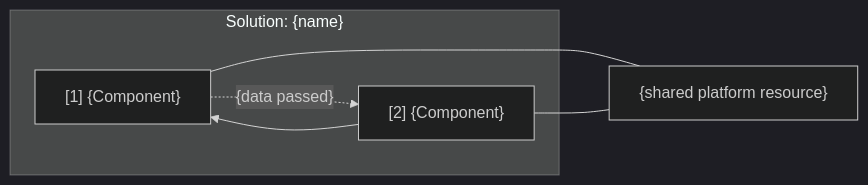
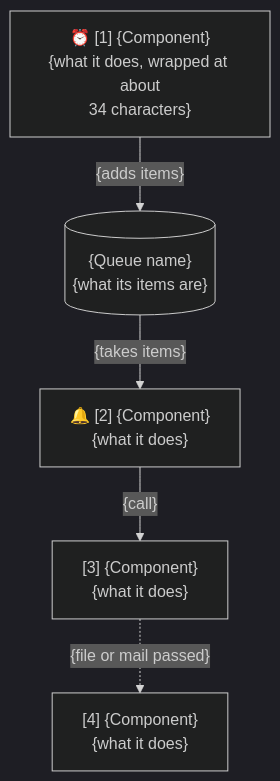
Before and after one commit to UiPath/skills: the diagram in skills/uipath-genome/assets/templates/process-genome-template.md, drawn with Mermaid (dark theme). The commit also changed other lines of this file and 6 other files, not shown here.

First line of the commit message:
docs(uipath-genome): one component-view diagram per process genome; library location, log target and integration review at build (#4310)

````diff
--- a/skills/uipath-genome/assets/templates/process-genome-template.md
+++ b/skills/uipath-genome/assets/templates/process-genome-template.md
@@ -63,11 +41,12 @@
 ```mermaid
-flowchart LR
-  subgraph SOL["Solution: {name}"]
-    C1["[1] {Component}"]
-    C2["[2] {Component}"]
-  end
-  C2 --> C1
-  C1 -.->|"{data passed}"| C2
-  RES["{shared platform resource}"]
-  C1 & C2 --- RES
+flowchart TB
+  C1["⏰ [1] {Component}<br/>{what it does, wrapped at about<br/>34 characters}"]
+  Q1[("{Queue name}<br/>{what its items are}")]
+  C2["🔔 [2] {Component}<br/>{what it does}"]
+  C3["[3] {Component}<br/>{what it does}"]
+  C4["[4] {Component}<br/>{what it does}"]
+  C1 -->|"{adds items}"| Q1
+  Q1 -->|"{takes items}"| C2
+  C2 -->|"{call}"| C3
+  C3 -.->|"{file or mail passed}"| C4
 ```
````
